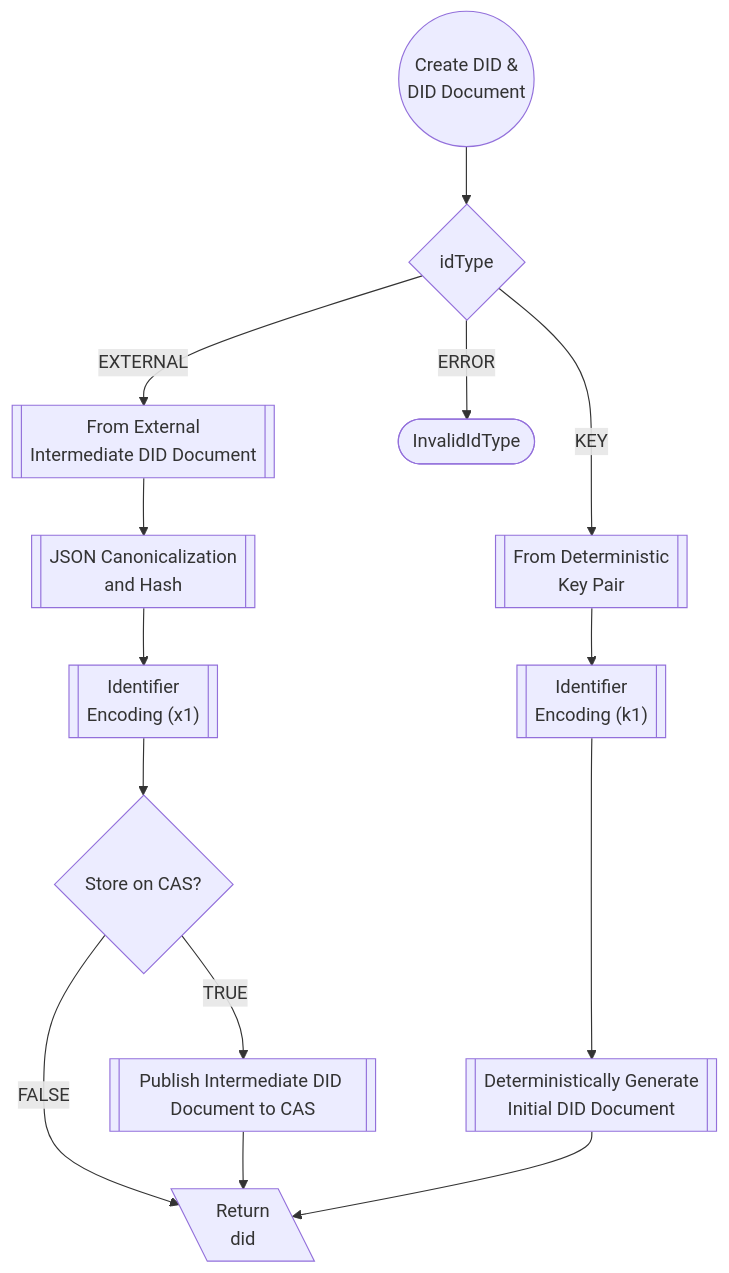
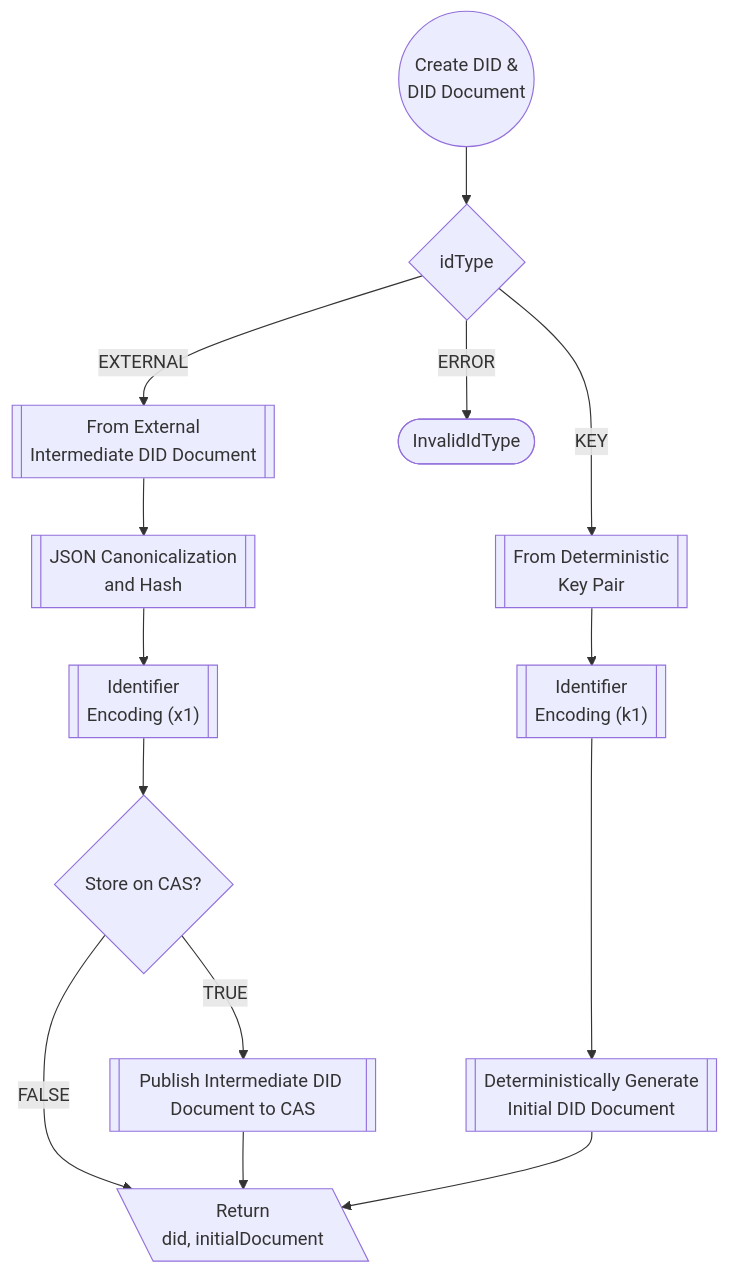
One commit to jintekc/website-btcr2-dev changed the second of 9 diagrams in docs/diagrams.md. Above: the diagram before and after it, drawn with Mermaid. The commit also changed other lines of this file, not shown here.

Commit message:
fix truncated text in diagrams

````diff
--- a/docs/diagrams.md
+++ b/docs/diagrams.md
@@ -88,25 +88,25 @@
 ```mermaid
 flowchart TD
     %% Start
     Start@{shape: circle, label: Create DID &<br/>DID Document} --> CheckIdType{idType}
     
     %% Deterministic
     CheckIdType -->|KEY|Deterministic@{shape: subproc, label: From Deterministic<br/>Key Pair}
     Deterministic --> IdentifierEncodingK1@{shape: subproc, label: Identifier<br/>Encoding (k1)}
     IdentifierEncodingK1 ---> ResolveDeterministic@{shape: subproc, label: Deterministically Generate<br/>Initial DID Document}
 
     %% External
     CheckIdType -->|EXTERNAL|External@{shape: subproc, label: From External<br/>Intermediate DID Document}
     External --> JSONCanonicalizeHash@{shape: subproc, label: JSON Canonicalization<br/>and Hash}
     JSONCanonicalizeHash --> IdentifierEncodingX1@{shape: subproc, label: Identifier<br/>Encoding (x1)}
     IdentifierEncodingX1 --> CheckStoreOnCAS{Store on CAS?}
-    CheckStoreOnCAS -->|TRUE|StoreOnCAS@{shape: subproc, label: Publish Intermediate DID Document to CAS}
+    CheckStoreOnCAS -->|TRUE|StoreOnCAS@{shape: subproc, label: "Publish Intermediate DID Document to CAS"}
     CheckStoreOnCAS -->|FALSE|Return
     StoreOnCAS --> Return
 
     %% Error
     CheckIdType -->|ERROR|InvalidIdType@{shape: stadium, label: InvalidIdType}
   
     %% Return
-    ResolveDeterministic --> Return@{shape: lean-l, label: Return<br/>did, initialDocument}
+    ResolveDeterministic --> Return@{shape: lean-l, label: "Return<br/>did, initialDocument"}
 ```
````
